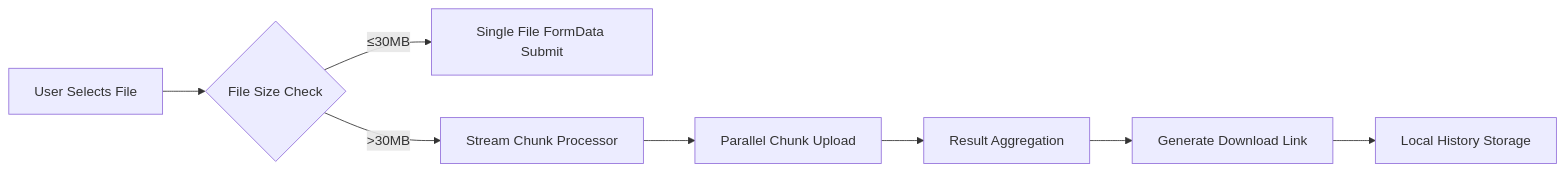
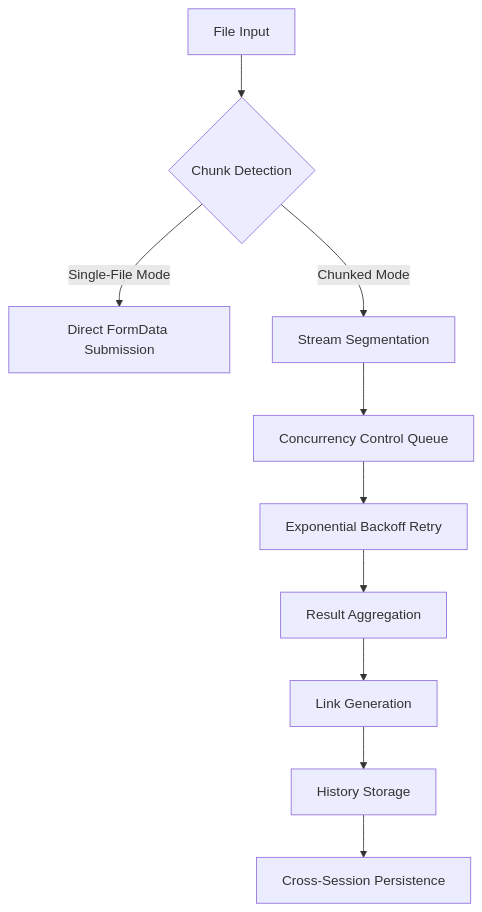
Before and after one commit to CJackHwang/Chunkuposs: the diagram in README.md, drawn with Mermaid. The commit also changed other lines of this file and 1 other file, not shown here.

Commit message:
更新README_CN.md，增加v5.0+核心功能和技术增强说明，优化使用指南和系统架构图

````diff
--- a/README.md
+++ b/README.md
@@ -105,10 +107,12 @@
-```mermaid  
-graph LR  
-    A[User Selects File] --> B{File Size Check}  
-    B -->|≤30MB| C[Single File FormData Submit]  
-    B -->|>30MB| D[Stream Chunk Processor]  
-    D --> E[Parallel Chunk Upload]  
-    E --> F[Result Aggregation]  
-    F --> G[Generate Download Link]  
-    G --> H[Local History Storage]  
-```  
+```mermaid
+graph TD
+    A[File Input] --> B{Chunk Detection}
+    B -->|Single-File Mode| C[Direct FormData Submission]
+    B -->|Chunked Mode| D[Stream Segmentation]
+    D --> E[Concurrency Control Queue]
+    E --> F[Exponential Backoff Retry]
+    F --> G[Result Aggregation]
+    G --> H[Link Generation]
+    H --> I[History Storage]
+    I --> J[Cross-Session Persistence]
+```
````
